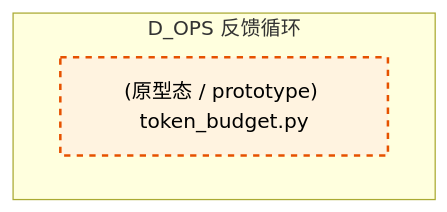
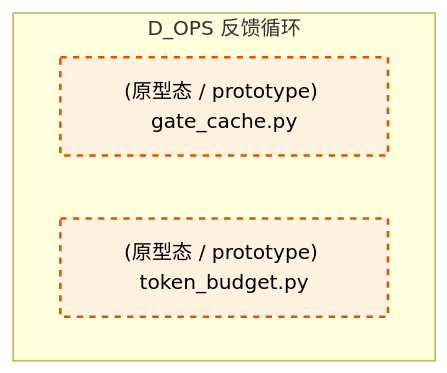
Before and after one commit to xuanFelixVan/ZephyrAlpha: the third of 4 diagrams in docs/02_enterprise_architecture/02_domain_architecture_docs/21_d_ops.md, drawn with Mermaid. The commit also changed other lines of this file and 89 other files, not shown here.

````diff
--- a/docs/02_enterprise_architecture/02_domain_architecture_docs/21_d_ops.md
+++ b/docs/02_enterprise_architecture/02_domain_architecture_docs/21_d_ops.md
@@ -199,11 +201,12 @@
 ```mermaid
 graph TD
     subgraph D_OPS["D_OPS 反馈循环"]
+        scripts_governance_observability_gate_cache_py["(原型态 / prototype) gate_cache.py"]
         src_zephyr_governance_ops_governance_token_budget_py["(原型态 / prototype) token_budget.py"]
     end
     classDef production fill:#e1f5fe,stroke:#01579b,stroke-width:2px,color:#000
     classDef design fill:#fff3e0,stroke:#e65100,stroke-width:2px,color:#000,stroke-dasharray: 5 5
     classDef external_prod fill:#e8f5e9,stroke:#1b5e20,stroke-width:1px,color:#000
     classDef external_design fill:#fce4ec,stroke:#880e4f,stroke-width:1px,color:#000,stroke-dasharray: 5 5
-    class src_zephyr_governance_ops_governance_token_budget_py design
+    class scripts_governance_observability_gate_cache_py,src_zephyr_governance_ops_governance_token_budget_py design
 ```
````
